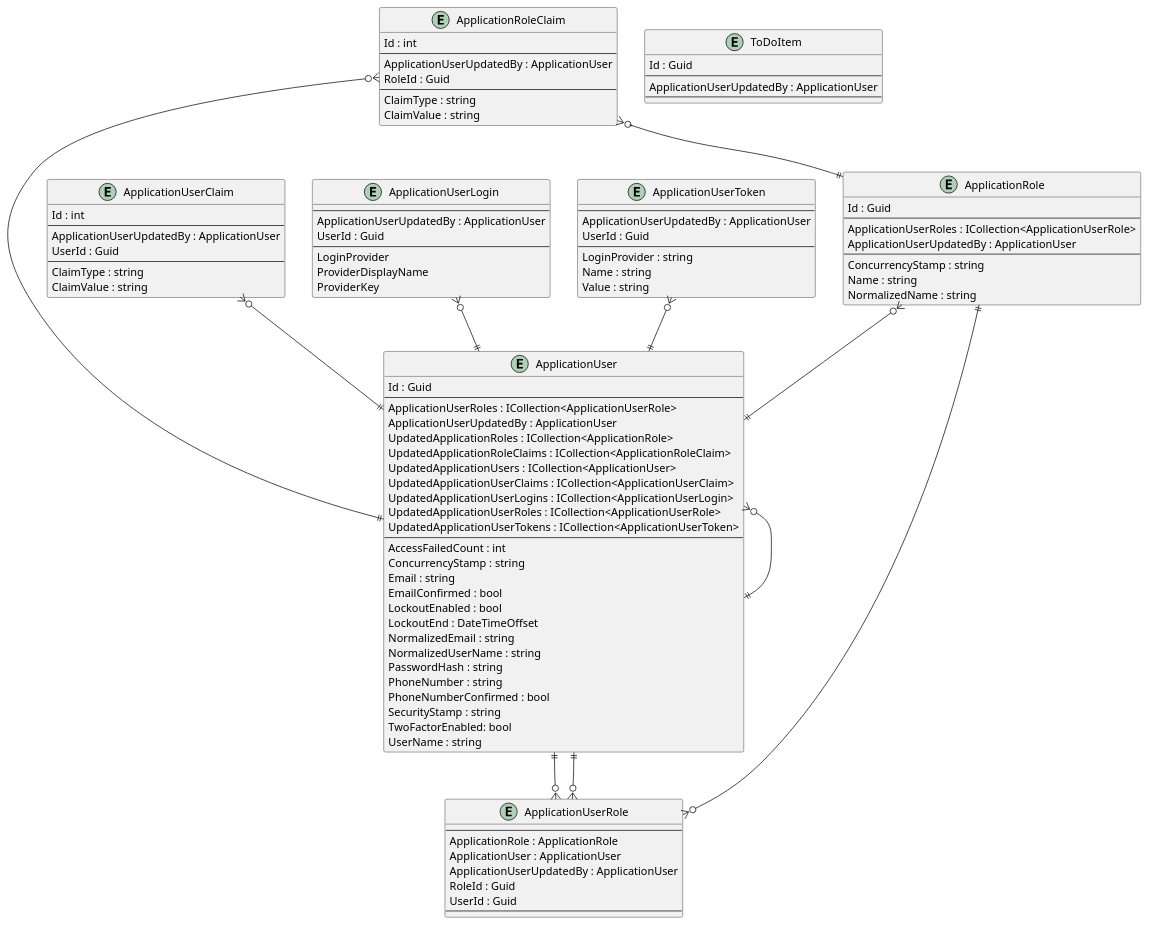
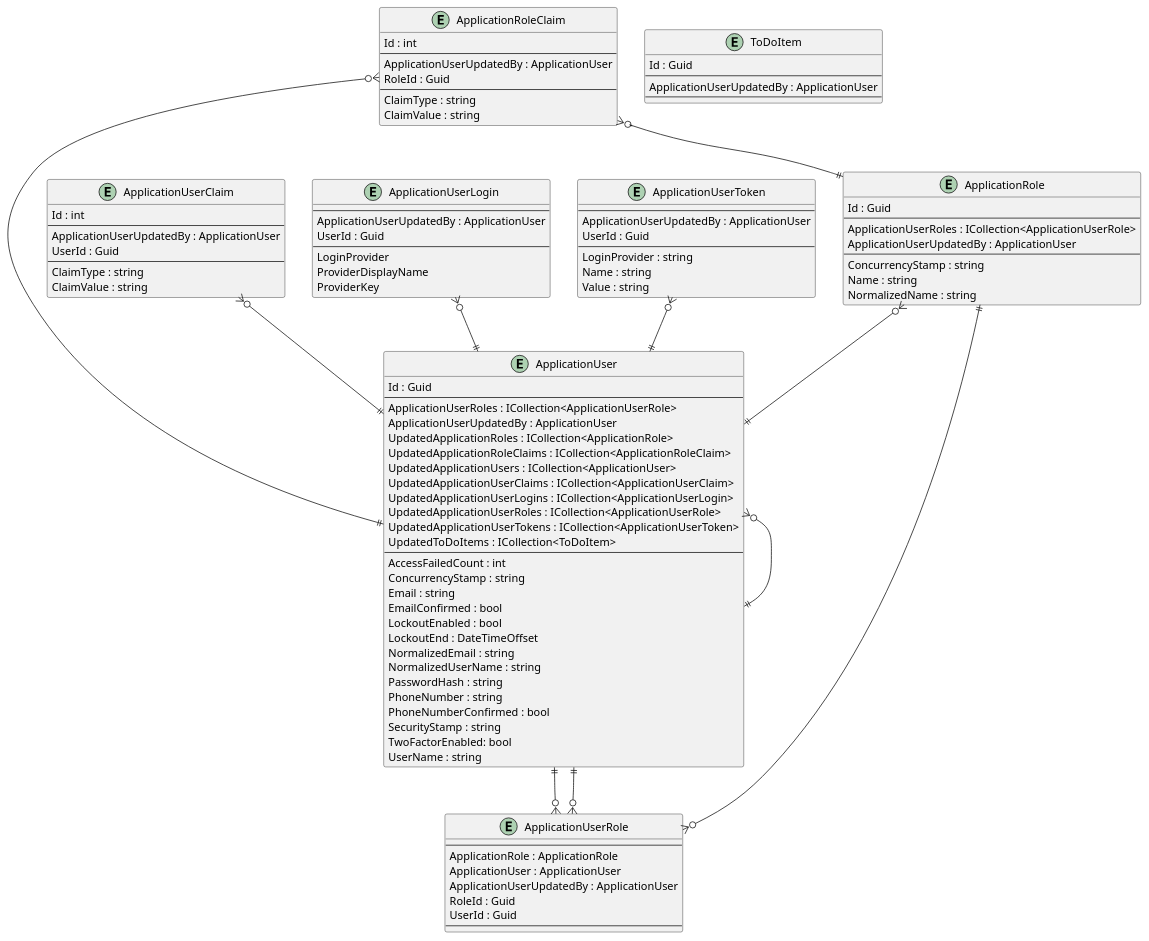
Before and after one commit to intrepion/intrepion_to-do_web_blazor: the diagram in .docs/Intrepion.ToDo.pu, drawn with PlantUML.

```diff
--- a/.docs/Intrepion.ToDo.pu
+++ b/.docs/Intrepion.ToDo.pu
@@ -1,118 +1,119 @@
 @startuml
 
 entity ApplicationRole {
     Id : Guid
     --
     ApplicationUserRoles : ICollection<ApplicationUserRole>
     ApplicationUserUpdatedBy : ApplicationUser
     --
     ConcurrencyStamp : string
     Name : string
     NormalizedName : string
 }
 
 entity ApplicationRoleClaim {
     Id : int
     --
     ApplicationUserUpdatedBy : ApplicationUser
     RoleId : Guid
     --
     ClaimType : string
     ClaimValue : string
 }
 
 entity ApplicationUser {
     Id : Guid
     --
     ApplicationUserRoles : ICollection<ApplicationUserRole>
     ApplicationUserUpdatedBy : ApplicationUser
     UpdatedApplicationRoles : ICollection<ApplicationRole>
     UpdatedApplicationRoleClaims : ICollection<ApplicationRoleClaim>
     UpdatedApplicationUsers : ICollection<ApplicationUser>
     UpdatedApplicationUserClaims : ICollection<ApplicationUserClaim>
     UpdatedApplicationUserLogins : ICollection<ApplicationUserLogin>
     UpdatedApplicationUserRoles : ICollection<ApplicationUserRole>
     UpdatedApplicationUserTokens : ICollection<ApplicationUserToken>
+    UpdatedToDoItems : ICollection<ToDoItem>
     ' ApplicationUserKeyCodePlaceholder
     --
     AccessFailedCount : int
     ConcurrencyStamp : string
     Email : string
     EmailConfirmed : bool
     LockoutEnabled : bool
     LockoutEnd : DateTimeOffset
     NormalizedEmail : string
     NormalizedUserName : string
     PasswordHash : string
     PhoneNumber : string
     PhoneNumberConfirmed : bool
     SecurityStamp : string
     TwoFactorEnabled: bool
     UserName : string
 }
 
 entity ApplicationUserClaim {
     Id : int
     --
     ApplicationUserUpdatedBy : ApplicationUser
     UserId : Guid
     --
     ClaimType : string
     ClaimValue : string
 }
 
 entity ApplicationUserLogin {
     --
     ApplicationUserUpdatedBy : ApplicationUser
     UserId : Guid
     --
     LoginProvider
     ProviderDisplayName
     ProviderKey
 }
 
 entity ApplicationUserRole {
     --
     ApplicationRole : ApplicationRole
     ApplicationUser : ApplicationUser
     ApplicationUserUpdatedBy : ApplicationUser
     RoleId : Guid
     UserId : Guid
     --
 }
 
 entity ApplicationUserToken {
     --
     ApplicationUserUpdatedBy : ApplicationUser
     UserId : Guid
     --
     LoginProvider : string
     Name : string
     Value : string
 }
 
 entity ToDoItem {
     Id : Guid
     --
     ApplicationUserUpdatedBy : ApplicationUser
     ' ToDoItemKeyCodePlaceholder
     --
     ' ToDoItemPropertyCodePlaceholder
 }
 
 ' EntityCodePlaceholder
 
 ApplicationRole ||--o{ ApplicationUserRole
 ApplicationRole }o--|| ApplicationUser
 ApplicationRoleClaim }o--|| ApplicationRole
 ApplicationRoleClaim }o--|| ApplicationUser
 ApplicationUser }o--|| ApplicationUser
 ApplicationUser ||--o{ ApplicationUserRole
 ApplicationUserClaim }o--|| ApplicationUser
 ApplicationUserLogin }o--|| ApplicationUser
 ApplicationUserRole }o--|| ApplicationUser
 ApplicationUserToken }o--|| ApplicationUser
 
 ' RelationshipCodePlaceholder
 
 @enduml
```
